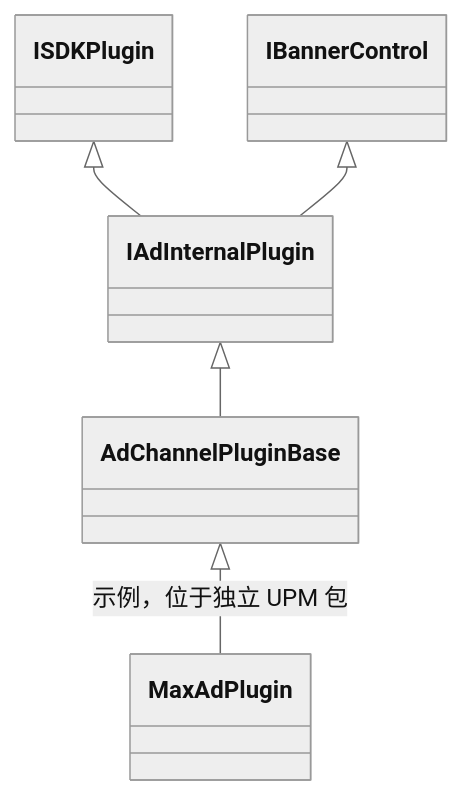
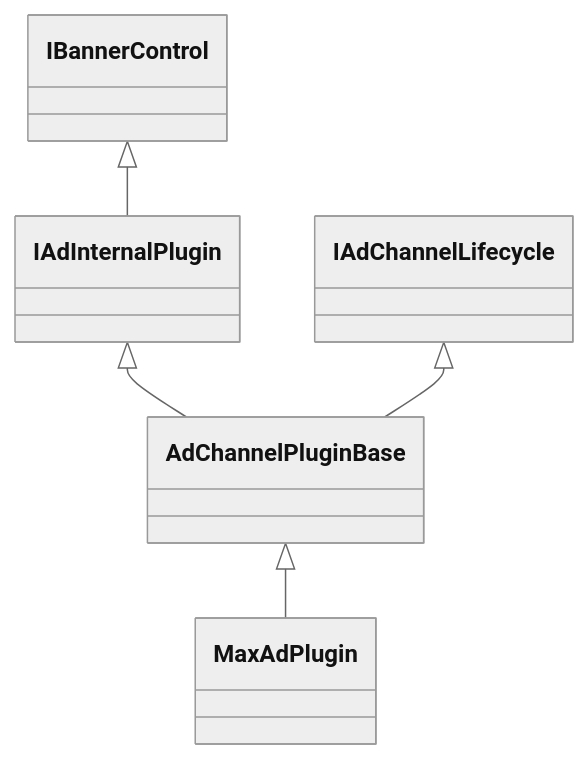
Before and after one commit to solotopiax/nova: the diagram in UPMPackages/com.solotopia.nova.framework.sdk.ad/Nova/Doc/AdChannelPluginBase.md, drawn with Mermaid (neutral theme). The commit also changed other lines of this file and 1681 other files, not shown here.

````diff
--- a/UPMPackages/com.solotopia.nova.framework.sdk.ad/Nova/Doc/AdChannelPluginBase.md
+++ b/UPMPackages/com.solotopia.nova.framework.sdk.ad/Nova/Doc/AdChannelPluginBase.md
@@ -28,7 +33,7 @@
-```mermaid
+~~~mermaid
 classDiagram
-    ISDKPlugin <|-- IAdInternalPlugin
     IBannerControl <|-- IAdInternalPlugin
     IAdInternalPlugin <|-- AdChannelPluginBase
-    AdChannelPluginBase <|-- MaxAdPlugin : 示例，位于独立 UPM 包
-```
+    IAdChannelLifecycle <|-- AdChannelPluginBase
+    AdChannelPluginBase <|-- MaxAdPlugin
+~~~
````
